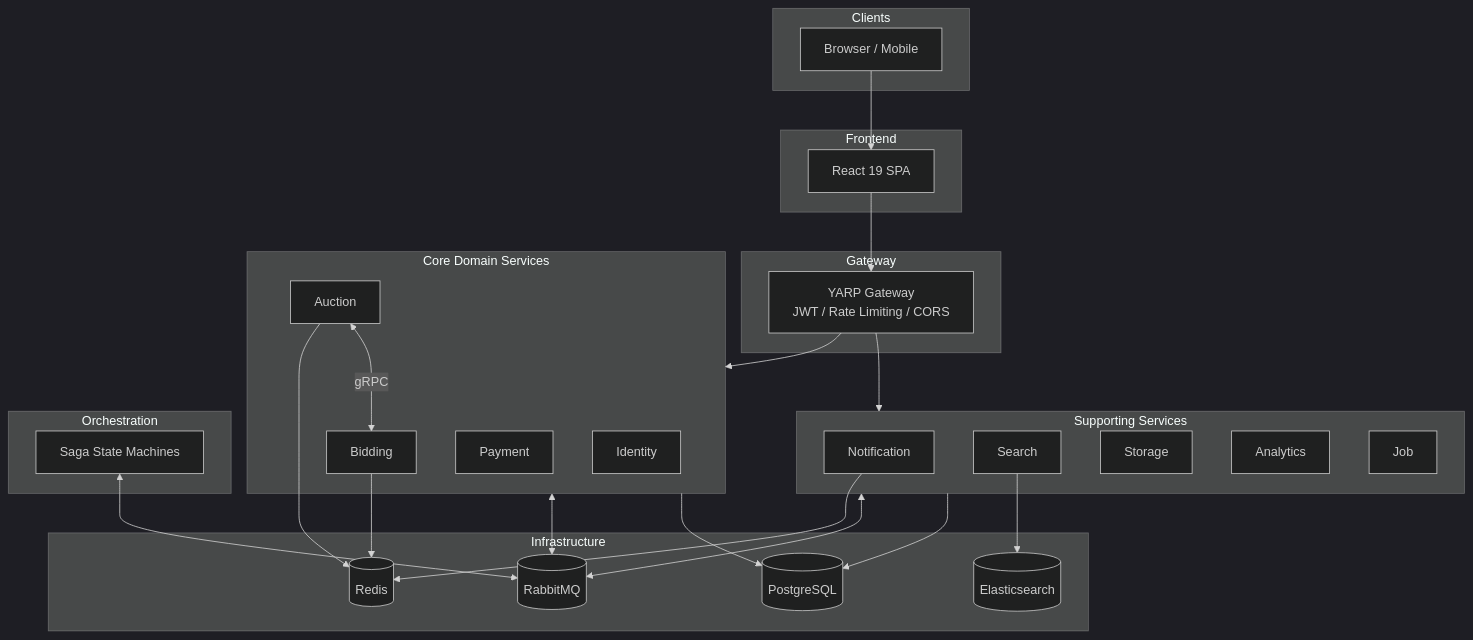
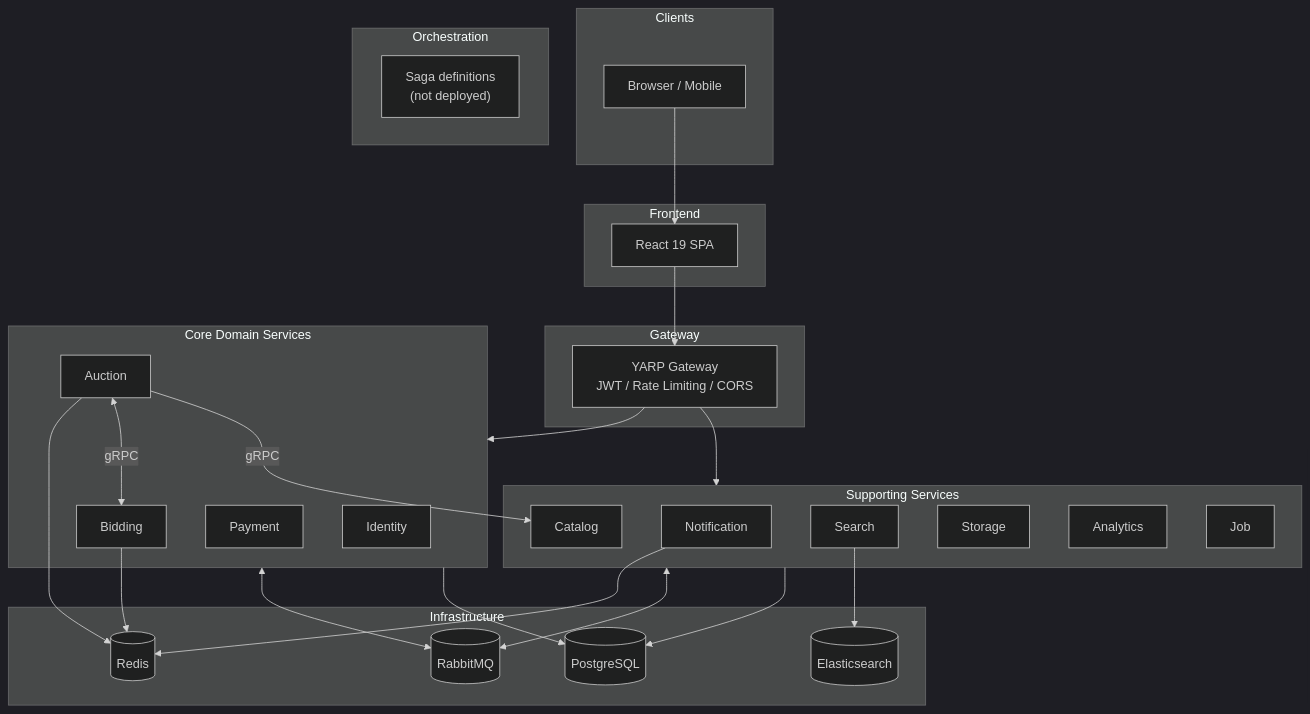
One commit to blanho/auction-platform-microservices changed the first of 4 diagrams in docs/architecture.md. Above: the diagram before and after it, drawn with Mermaid (dark theme). The commit also changed other lines of this file and 5 other files, not shown here.

````diff
--- a/docs/architecture.md
+++ b/docs/architecture.md
@@ -32,49 +33,50 @@
 ```mermaid
 graph TB
     subgraph Clients
         Browser["Browser / Mobile"]
     end
 
     subgraph Frontend
         SPA["React 19 SPA"]
     end
 
     subgraph Gateway
         GW["YARP Gateway<br/>JWT / Rate Limiting / CORS"]
     end
 
     subgraph Core["Core Domain Services"]
         IDN["Identity"]
         AUC["Auction"]
         BID["Bidding"]
         PAY["Payment"]
     end
 
     subgraph Supporting["Supporting Services"]
         NOT["Notification"]
+        CAT["Catalog"]
         SRC["Search"]
         STR["Storage"]
         ANA["Analytics"]
         JOB["Job"]
     end
 
     subgraph Orchestration
-        ORC["Saga State Machines"]
+        ORC["Saga definitions<br/>(not deployed)"]
     end
 
     subgraph Infra["Infrastructure"]
         PG[("PostgreSQL")]
         RD[("Redis")]
         RMQ[("RabbitMQ")]
         ES[("Elasticsearch")]
     end
 
     Browser --> SPA --> GW
     GW --> Core & Supporting
     Core & Supporting <--> RMQ
-    ORC <--> RMQ
     Core & Supporting --> PG
     AUC & BID & NOT --> RD
     SRC --> ES
     AUC <-->|gRPC| BID
+    AUC -->|gRPC| CAT
 ```
````
